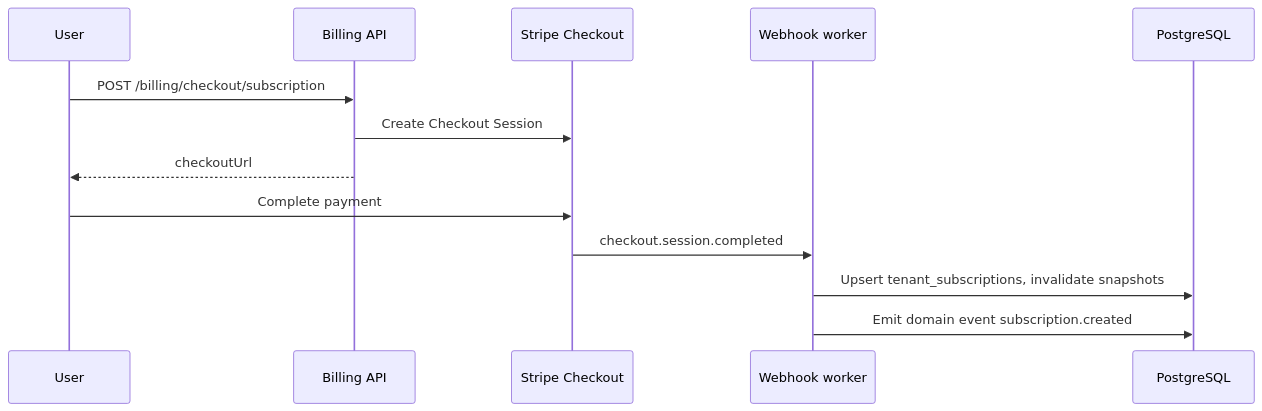
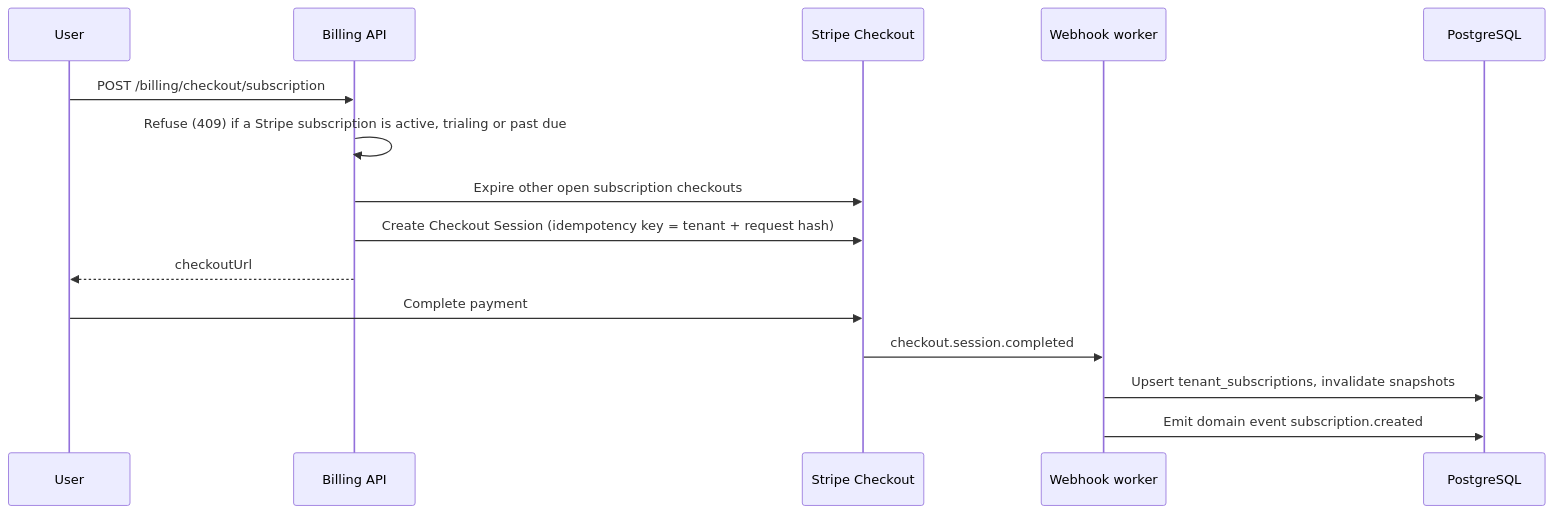
The first of 3 diagrams in docs/BILLING.md (Yazan-Ali-01/complytude-backend), drawn with Mermaid before and after one commit. The commit also changed other lines of this file and 11 other files, not shown here.

First line of the commit message:
fix(billing): prevent duplicate stripe customers, checkouts and subscriptions (T-12)

````diff
--- a/docs/BILLING.md
+++ b/docs/BILLING.md
@@ -93,16 +93,18 @@
 ```mermaid
 sequenceDiagram
   participant U as User
   participant API as Billing API
   participant S as Stripe Checkout
   participant WH as Webhook worker
   participant DB as PostgreSQL
 
   U->>API: POST /billing/checkout/subscription
-  API->>S: Create Checkout Session
+  API->>API: Refuse (409) if a Stripe subscription is active, trialing or past due
+  API->>S: Expire other open subscription checkouts
+  API->>S: Create Checkout Session (idempotency key = tenant + request hash)
   API-->>U: checkoutUrl
   U->>S: Complete payment
   S->>WH: checkout.session.completed
   WH->>DB: Upsert tenant_subscriptions, invalidate snapshots
   WH->>DB: Emit domain event subscription.created
 ```
````
